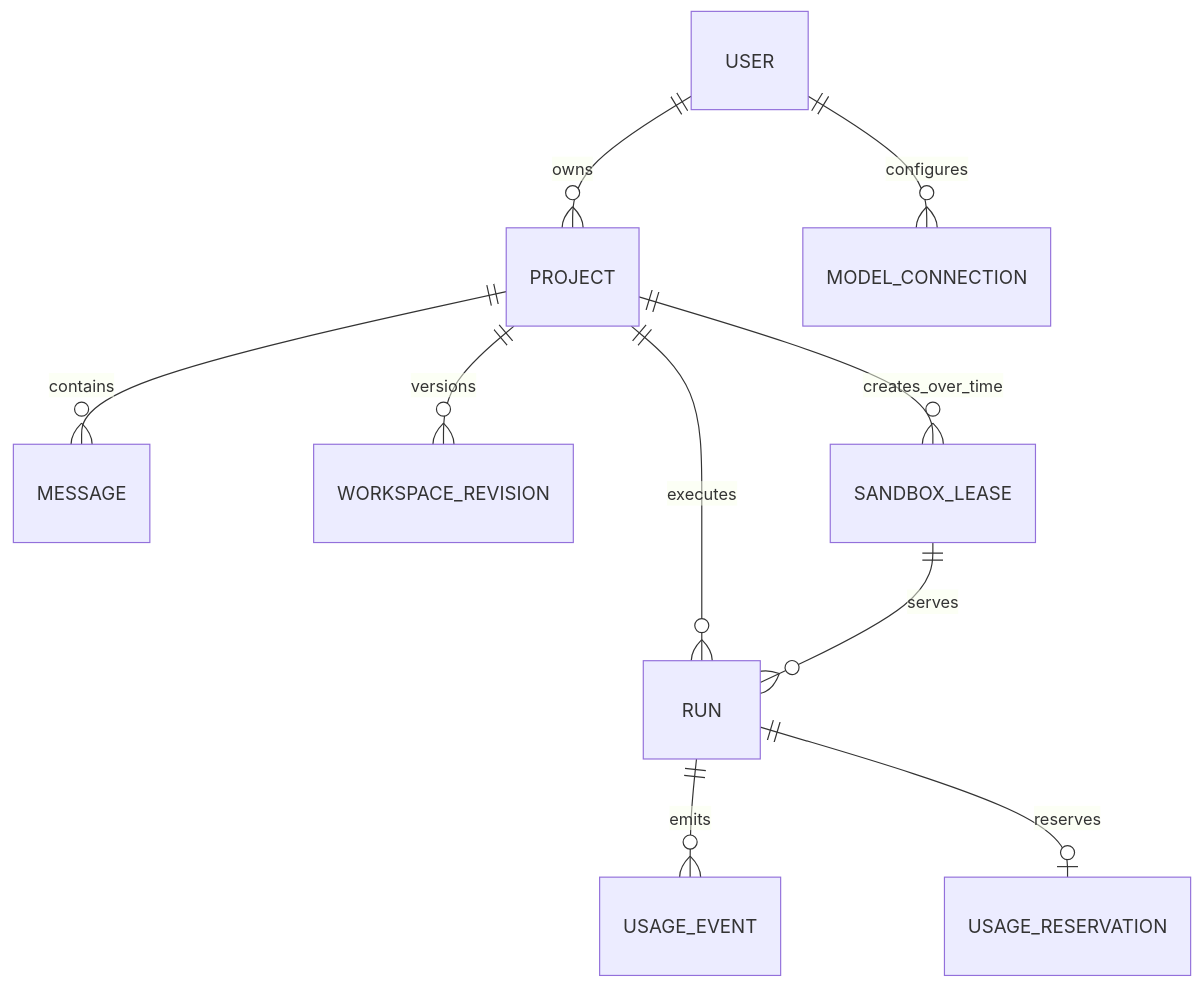
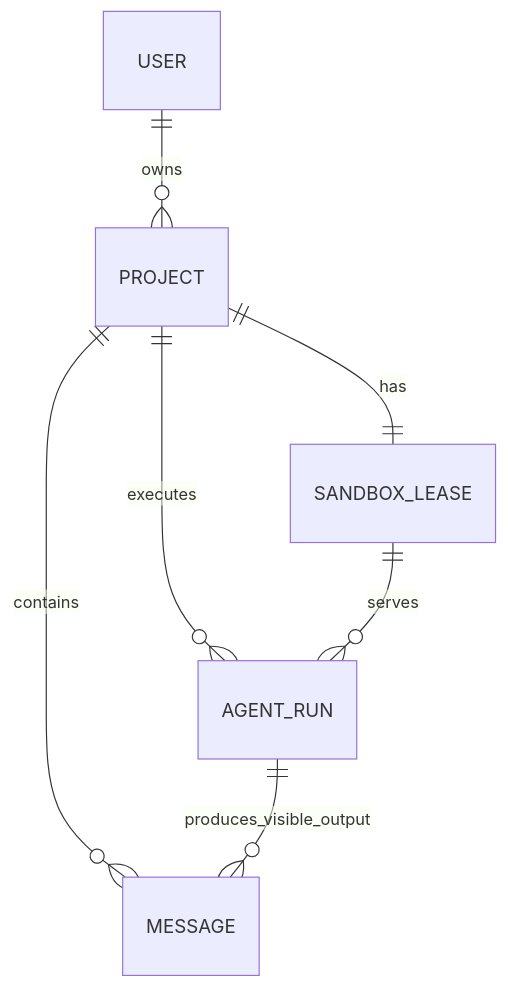
The diagram in CONTEXT.md (DeyunMa/agent-online), drawn with Mermaid before and after one commit. The commit also changed other lines of this file and 31 other files, not shown here.

First line of the commit message:
refactor(architecture): establish d1-only agent run baseline

````diff
--- a/CONTEXT.md
+++ b/CONTEXT.md
@@ -31,12 +27,9 @@
 ```mermaid
 erDiagram
     USER ||--o{ PROJECT : owns
     PROJECT ||--o{ MESSAGE : contains
-    PROJECT ||--o{ WORKSPACE_REVISION : versions
-    PROJECT ||--o{ SANDBOX_LEASE : creates_over_time
-    PROJECT ||--o{ RUN : executes
-    SANDBOX_LEASE ||--o{ RUN : serves
-    USER ||--o{ MODEL_CONNECTION : configures
-    RUN ||--o{ USAGE_EVENT : emits
-    RUN ||--o| USAGE_RESERVATION : reserves
+    PROJECT ||--|| SANDBOX_LEASE : has
+    PROJECT ||--o{ AGENT_RUN : executes
+    SANDBOX_LEASE ||--o{ AGENT_RUN : serves
+    AGENT_RUN ||--o{ MESSAGE : produces_visible_output
 ```
````
